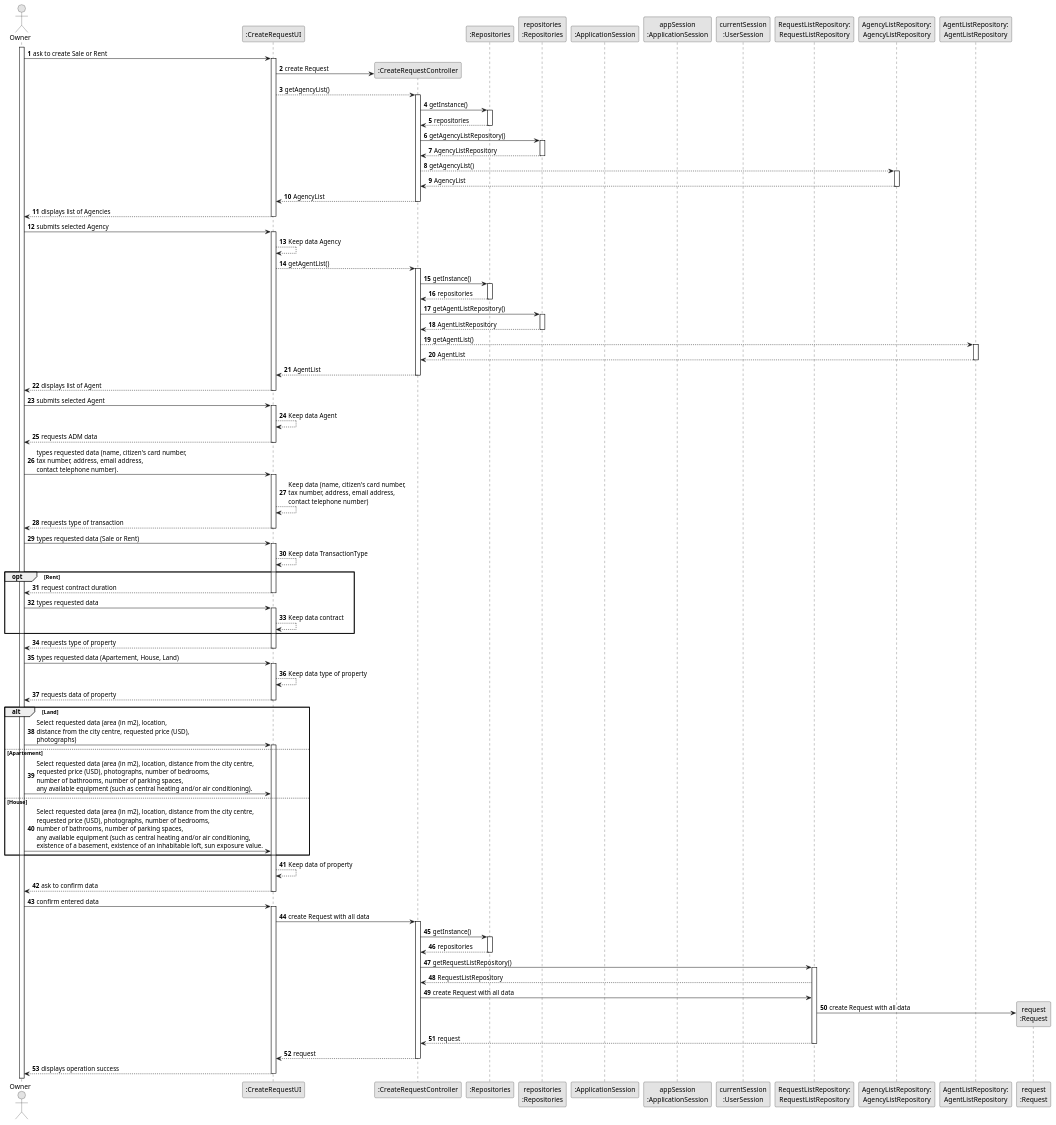
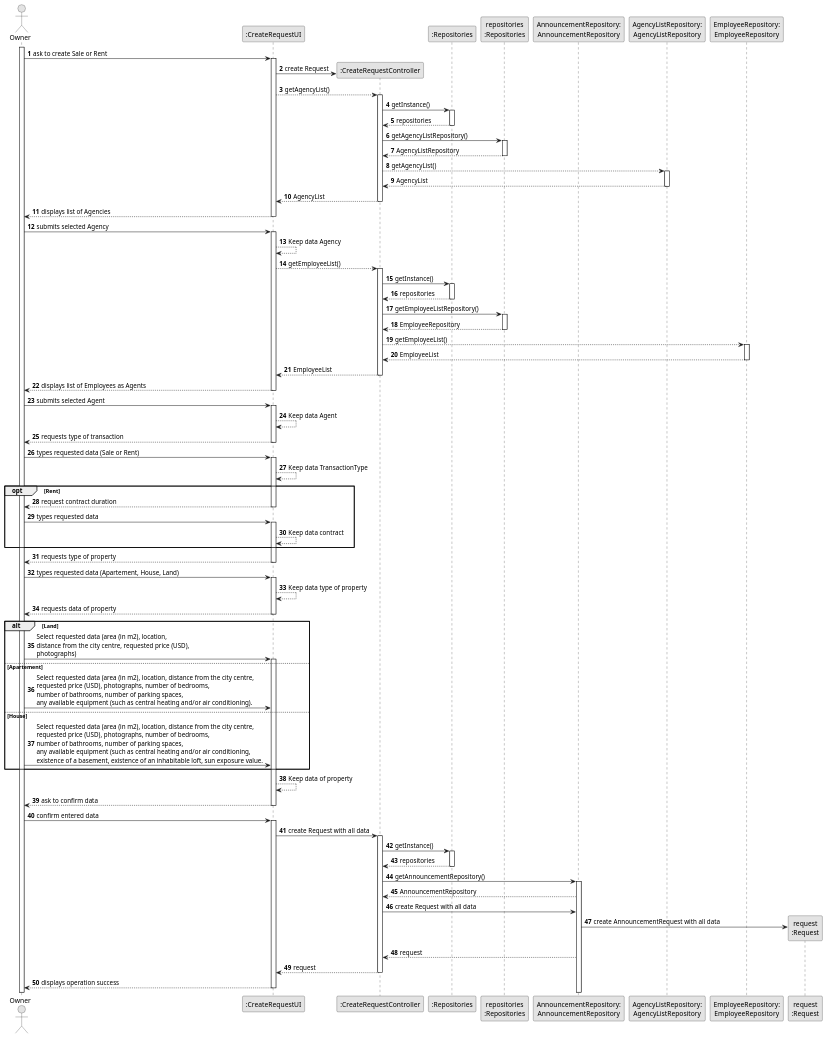
Before and after one commit to Goncalves2525/real-estate-management-system: the diagram in docs/sprintB/us004/03.design/puml/us004-sequence-diagram-full.puml, drawn with PlantUML. The commit also changed 4 other files, not shown here.

Commit message:
SB - Class & sequence diagram

```diff
--- a/docs/sprintB/us004/03.design/puml/us004-sequence-diagram-full.puml
+++ b/docs/sprintB/us004/03.design/puml/us004-sequence-diagram-full.puml
@@ -1,185 +1,168 @@
 @startuml
 skinparam monochrome true
 skinparam packageStyle rectangle
 skinparam shadowing false
 
 autonumber
 
 'hide footbox
-actor "Owner" as ADM
+actor "Owner" as OWNER
 participant ":CreateRequestUI" as UI
 participant ":CreateRequestController" as CTRL
 participant ":Repositories" as RepositorySingleton
 participant "repositories\n:Repositories" as PLAT
-participant ":ApplicationSession" as _APP
-participant "appSession\n:ApplicationSession" as APP
-participant "currentSession\n:UserSession" as SESSAO
-participant "RequestListRepository:\nRequestListRepository" as RequestListRepository
+participant "AnnouncementRepository:\nAnnouncementRepository" as AnnouncementRepository
 participant "AgencyListRepository:\nAgencyListRepository" as AgencyListRepository
-participant "AgentListRepository:\nAgentListRepository" as AgentListRepository
-'participant "OwnerListRepository:\nOwnerListRepository" as OwnerListRepository
+participant "EmployeeRepository:\nEmployeeRepository" as EmployeeRepository
 participant "request\n:Request" as REQUEST
 
 
-activate ADM
+activate OWNER
 
-        ADM -> UI : ask to create Sale or Rent
+        OWNER -> UI : ask to create Sale or Rent
 
         activate UI
 
             UI -> CTRL** : create Request
                 UI --> CTRL : getAgencyList()
                 activate CTRL
 
                  CTRL -> RepositorySingleton : getInstance()
 
                  activate RepositorySingleton
 
                  RepositorySingleton --> CTRL: repositories
 
                  deactivate RepositorySingleton
 
                   CTRL -> PLAT : getAgencyListRepository()
                   activate PLAT
 
                   PLAT --> CTRL: AgencyListRepository
                   deactivate PLAT
 
                 CTRL --> AgencyListRepository : getAgencyList()
 
                 activate AgencyListRepository
 
                 AgencyListRepository --> CTRL : AgencyList
 
                 deactivate AgencyListRepository
                 CTRL--> UI : AgencyList
                 deactivate
 
-                UI --> ADM : displays list of Agencies
+                UI --> OWNER : displays list of Agencies
 
                 deactivate  UI
 
-                    ADM -> UI :submits selected Agency
+                    OWNER -> UI :submits selected Agency
 
                 activate UI
                 UI --> UI : Keep data Agency
-                UI --> CTRL : getAgentList()
+                UI --> CTRL : getEmployeeList()
                 activate CTRL
 
                  CTRL -> RepositorySingleton : getInstance()
 
                  activate RepositorySingleton
 
                  RepositorySingleton --> CTRL: repositories
 
                  deactivate RepositorySingleton
 
-                 CTRL -> PLAT : getAgentListRepository()
+                 CTRL -> PLAT : getEmployeeListRepository()
                  activate PLAT
 
-                 PLAT --> CTRL: AgentListRepository
+                 PLAT --> CTRL: EmployeeRepository
                  deactivate PLAT
 
 
 
-                CTRL --> AgentListRepository : getAgentList()
-                activate AgentListRepository
+                CTRL --> EmployeeRepository : getEmployeeList()
+                activate EmployeeRepository
 
-                AgentListRepository --> CTRL : AgentList
-                deactivate AgentListRepository
-                CTRL--> UI : AgentList
+                EmployeeRepository --> CTRL : EmployeeList
+                deactivate EmployeeRepository
+                CTRL--> UI : EmployeeList
                 deactivate CTRL
 
-                UI --> ADM :displays list of Agent
+                UI --> OWNER :displays list of Employees as Agents
                 deactivate UI
 
 
-                ADM -> UI : submits selected Agent
+                OWNER -> UI : submits selected Agent
                 activate UI
                 UI --> UI : Keep data Agent
 
 
-                'UI --> : getOwnerListCharactristics()
-
-                UI --> ADM : requests ADM data
-                deactivate UI
-
-                    ADM -> UI : types requested data (name, citizen's card number, \ntax number, address, email address, \ncontact telephone number).
-
-                activate UI
-
-                    UI --> UI : Keep data (name, citizen's card number, \ntax number, address, email address, \ncontact telephone number)
-                    'UI --> : getTransactionType()
-                    UI --> ADM : requests type of transaction
+                    UI --> OWNER : requests type of transaction
 
                     deactivate UI
-                    ADM -> UI : types requested data (Sale or Rent)
+                    OWNER -> UI : types requested data (Sale or Rent)
 
                 activate UI
                     UI --> UI : Keep data TransactionType
 
                 opt Rent
                  '   UI --> : getContractDuration()
-                    UI --> ADM: request contract duration
+                    UI --> OWNER: request contract duration
                     deactivate UI
 
-                    ADM -> UI: types requested data
+                    OWNER -> UI: types requested data
                     activate UI
                     UI --> UI : Keep data contract
                 end
                     'UI --> : getPropertyTypeList()
-                    UI --> ADM : requests type of property
+                    UI --> OWNER : requests type of property
                 deactivate UI
 
-                    ADM -> UI : types requested data (Apartement, House, Land)
+                    OWNER -> UI : types requested data (Apartement, House, Land)
                 activate UI
 
                        UI --> UI : Keep data type of property
-                        UI --> ADM : requests data of property
+                        UI --> OWNER : requests data of property
                 deactivate UI
 
                 alt  Land
 
-                    ADM -> UI: Select requested data (area (in m2), location, \ndistance from the city centre, requested price (USD), \nphotographs)
+                    OWNER -> UI: Select requested data (area (in m2), location, \ndistance from the city centre, requested price (USD), \nphotographs)
                 activate UI
                 else  Apartement
-                    ADM -> UI: Select requested data (area (in m2), location, distance from the city centre, \nrequested price (USD), photographs, number of bedrooms,\nnumber of bathrooms, number of parking spaces,\nany available equipment (such as central heating and/or air conditioning).
+                    OWNER -> UI: Select requested data (area (in m2), location, distance from the city centre, \nrequested price (USD), photographs, number of bedrooms,\nnumber of bathrooms, number of parking spaces,\nany available equipment (such as central heating and/or air conditioning).
                 else  House
-                    ADM -> UI: Select requested data (area (in m2), location, distance from the city centre, \nrequested price (USD), photographs, number of bedrooms,\nnumber of bathrooms, number of parking spaces,\nany available equipment (such as central heating and/or air conditioning, \nexistence of a basement, existence of an inhabitable loft, sun exposure value.
+                    OWNER -> UI: Select requested data (area (in m2), location, distance from the city centre, \nrequested price (USD), photographs, number of bedrooms,\nnumber of bathrooms, number of parking spaces,\nany available equipment (such as central heating and/or air conditioning, \nexistence of a basement, existence of an inhabitable loft, sun exposure value.
                 end
                 UI --> UI : Keep data of property
 
-                        UI --> ADM : ask to confirm data
+                        UI --> OWNER : ask to confirm data
                 deactivate UI
 
-                        ADM -> UI: confirm entered data
+                        OWNER -> UI: confirm entered data
                 activate UI
                 UI -> CTRL : create Request with all data
                 activate CTRL
                 CTRL -> RepositorySingleton : getInstance()
 
                  activate RepositorySingleton
 
                  RepositorySingleton --> CTRL: repositories
 
                  deactivate RepositorySingleton
 
-                 CTRL -> RequestListRepository : getRequestListRepository()
-                 activate RequestListRepository
+                 CTRL -> AnnouncementRepository : getAnnouncementRepository()
+                 activate AnnouncementRepository
 
-                 RequestListRepository --> CTRL : RequestListRepository
-                 CTRL -> RequestListRepository : create Request with all data
+                 AnnouncementRepository --> CTRL : AnnouncementRepository
+                 CTRL -> AnnouncementRepository: create Request with all data
 
-                 RequestListRepository -> REQUEST**: create Request with all data
-                 RequestListRepository --> CTRL : request
-
-                 deactivate RequestListRepository
+                 AnnouncementRepository -> REQUEST**: create AnnouncementRequest with all data
+                 AnnouncementRepository --> CTRL : request
 
                  CTRL --> UI :request
                  deactivate CTRL
 
-                    UI --> ADM : displays operation success
+                    UI --> OWNER : displays operation success
                 deactivate UI
 
 
             @enduml
```
